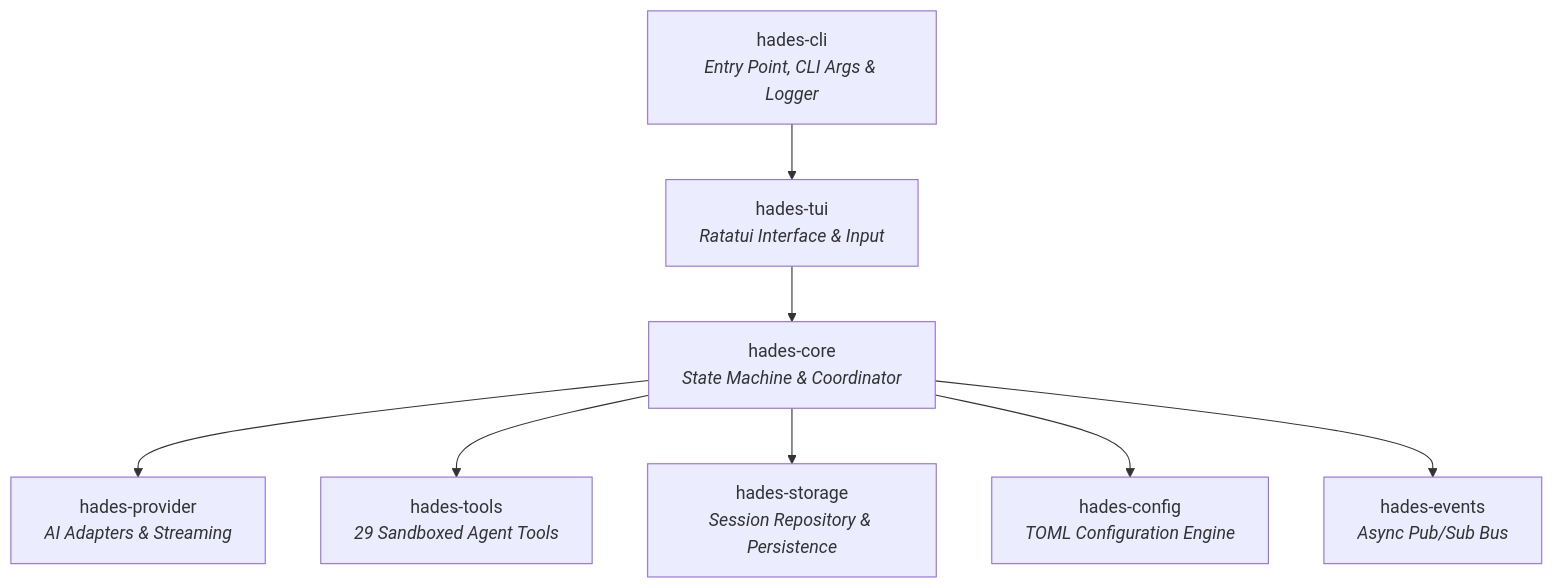
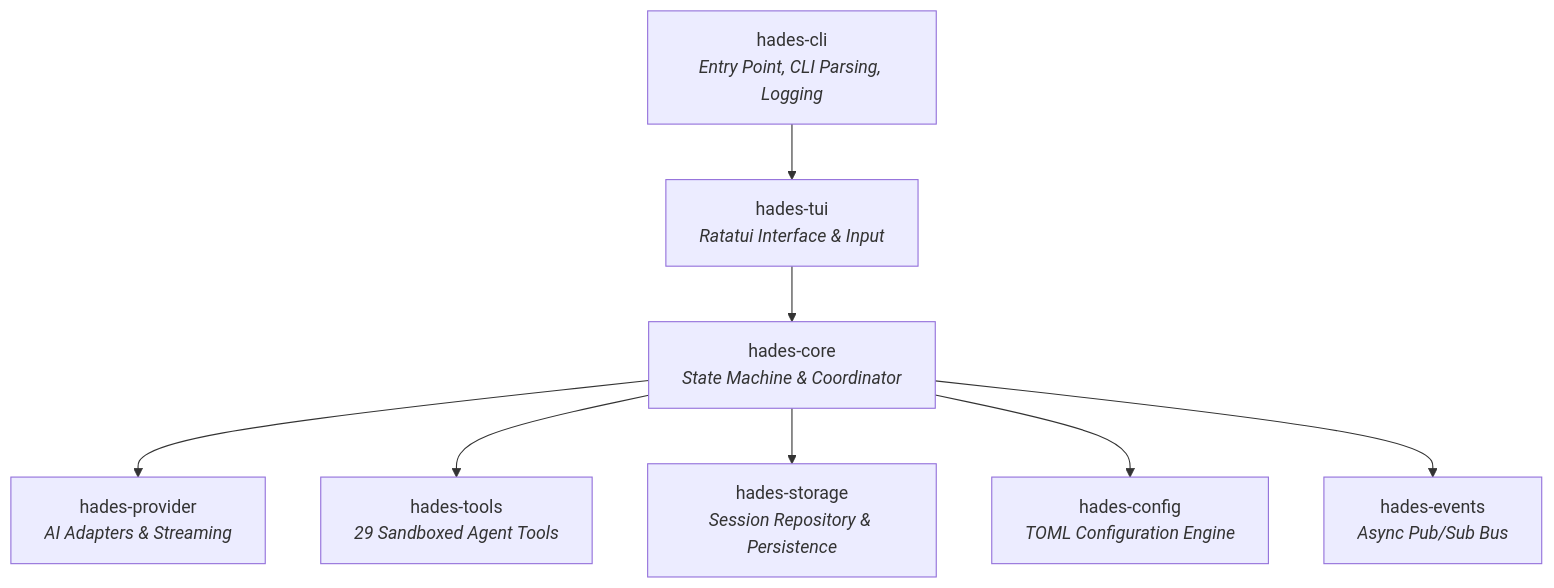
The diagram in README.md (PareekshithPalat/HADES_CLI), drawn with Mermaid before and after one commit. The commit also changed other lines of this file and 2 other files, not shown here.

````diff
--- a/README.md
+++ b/README.md
@@ -74,10 +76,10 @@
 ```mermaid
 graph TD
-    CLI[hades-cli<br/><i>Entry Point, CLI Args & Logger</i>] --> TUI[hades-tui<br/><i>Ratatui Interface & Input</i>]
+    CLI[hades-cli<br/><i>Entry Point, CLI Parsing, Logging</i>] --> TUI[hades-tui<br/><i>Ratatui Interface & Input</i>]
     TUI --> CORE[hades-core<br/><i>State Machine & Coordinator</i>]
     CORE --> PROVIDER[hades-provider<br/><i>AI Adapters & Streaming</i>]
     CORE --> TOOLS[hades-tools<br/><i>29 Sandboxed Agent Tools</i>]
     CORE --> STORAGE[hades-storage<br/><i>Session Repository & Persistence</i>]
     CORE --> CONFIG[hades-config<br/><i>TOML Configuration Engine</i>]
     CORE --> EVENTS[hades-events<br/><i>Async Pub/Sub Bus</i>]
 ```
````
